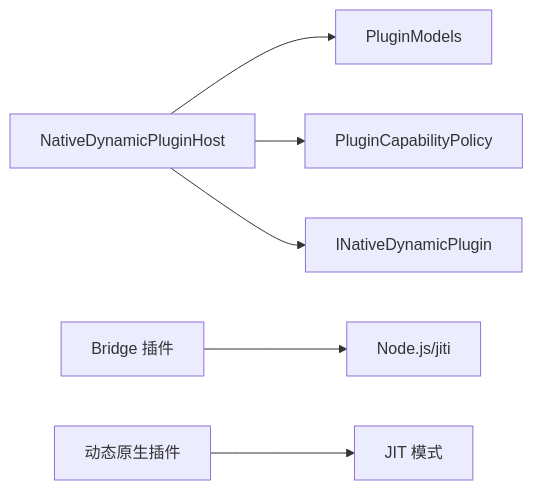
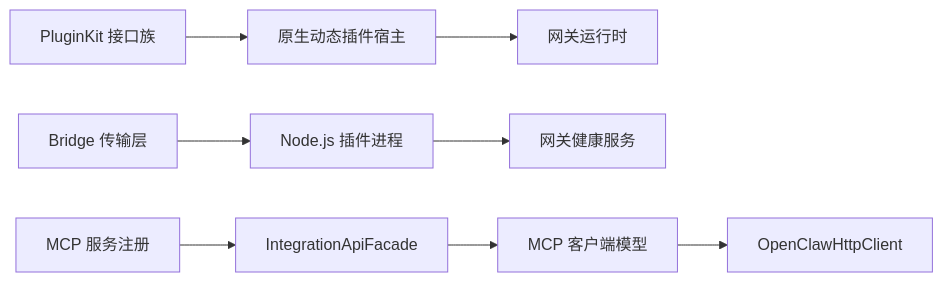
Before and after one commit to wayyet/kingcrab: the eighth of 8 diagrams in .qoder/repowiki/zh/content/插件系统/插件系统.md, drawn with Mermaid. The commit also changed other lines of this file and 173 other files, not shown here.

````diff
--- a/.qoder/repowiki/zh/content/插件系统/插件系统.md
+++ b/.qoder/repowiki/zh/content/插件系统/插件系统.md
@@ -338,8 +311,10 @@
 ```mermaid
 graph LR
-NDH["NativeDynamicPluginHost"] --> PM["PluginModels"]
-NDH --> PCP["PluginCapabilityPolicy"]
-NDH --> SDK["INativeDynamicPlugin"]
-BR["Bridge 插件"] --> NODE["Node.js/jiti"]
-DN["动态原生插件"] --> JIT["JIT 模式"]
+PK["PluginKit 接口族"] --> HOST["原生动态插件宿主"]
+HOST --> GWRT["网关运行时"]
+BR["Bridge 传输层"] --> NODE["Node.js 插件进程"]
+NODE --> GWHEALTH["网关健康服务"]
+MCPREG["MCP 服务注册"] --> FACADE["IntegrationApiFacade"]
+FACADE --> CLIENTMODELS["MCP 客户端模型"]
+CLIENTMODELS --> HTTPCLIENT["OpenClawHttpClient"]
 ```
````
